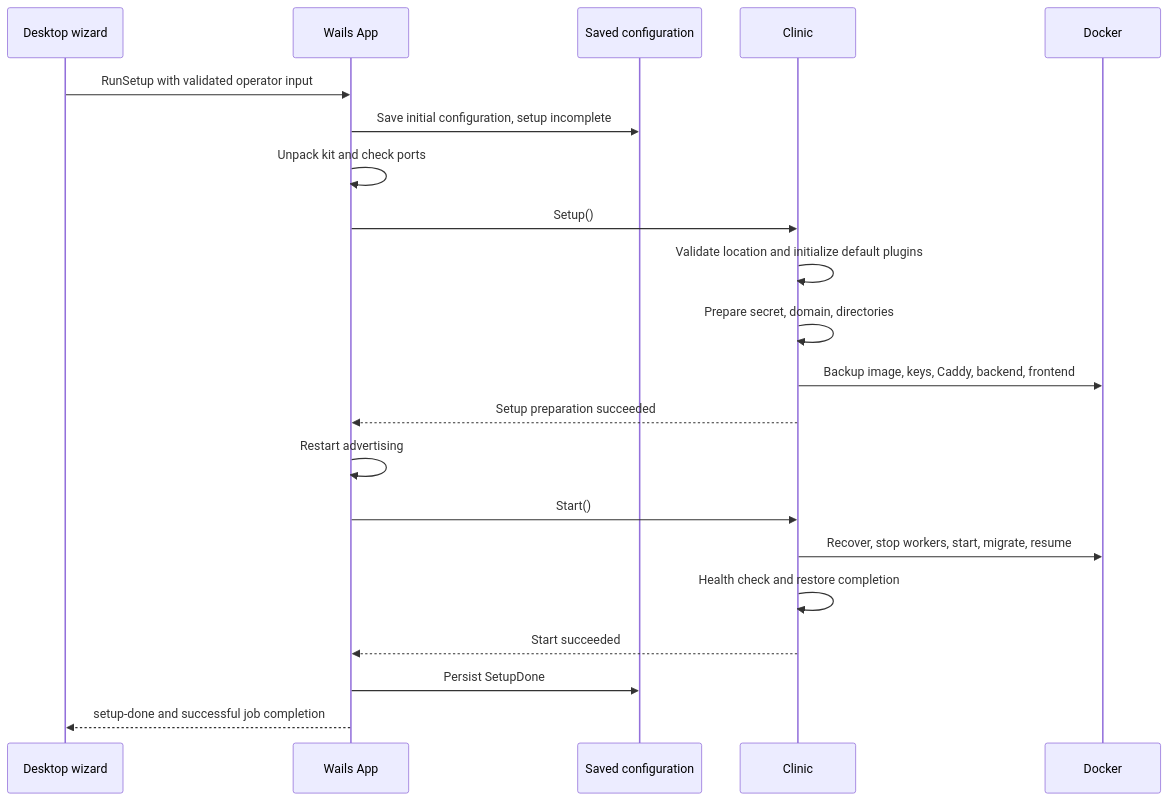
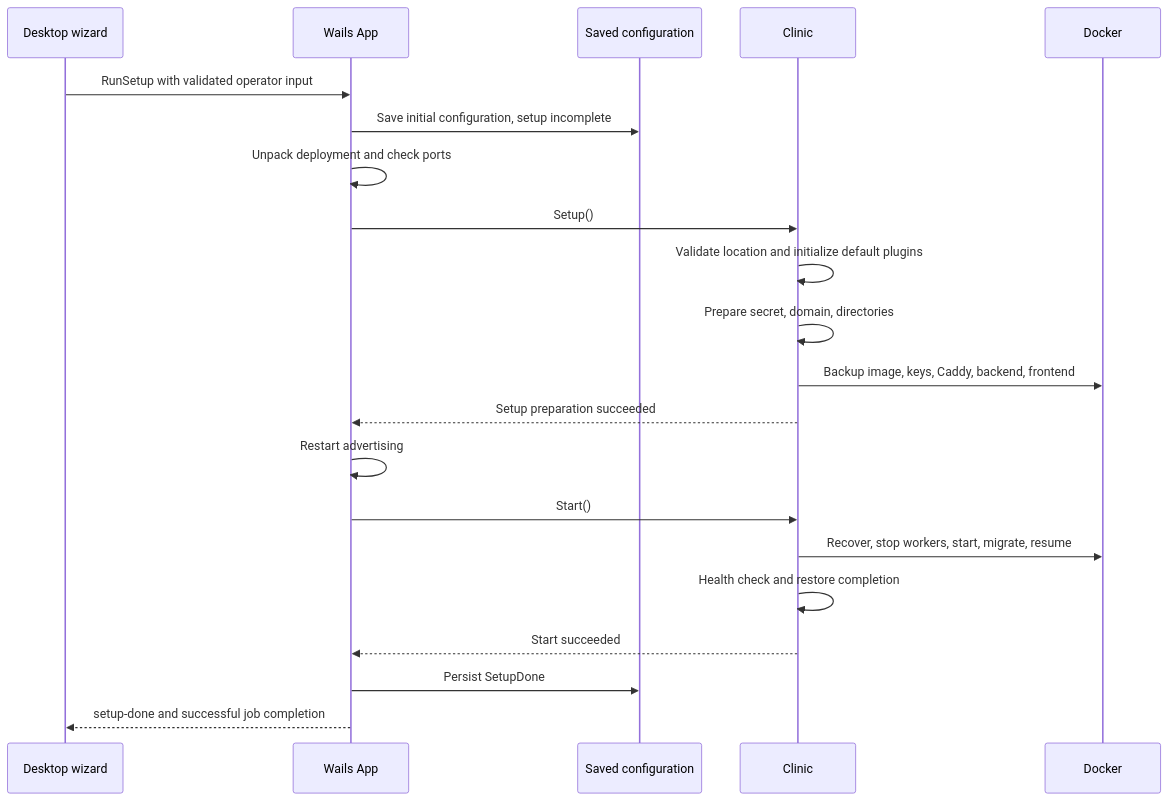
One commit to praffq/care_clinic changed the second of 6 diagrams in docs/clinic-lifecycle.md. Above: the diagram before and after it, drawn with Mermaid. The commit also changed other lines of this file and 22 other files, not shown here.

First line of the commit message:
Rename clinic kit concept to deployment

````diff
--- a/docs/clinic-lifecycle.md
+++ b/docs/clinic-lifecycle.md
@@ -246,23 +248,23 @@
 ```mermaid
 sequenceDiagram
     participant UI as Desktop wizard
     participant App as Wails App
     participant Config as Saved configuration
     participant Clinic as Clinic
     participant Docker as Docker
     UI->>App: RunSetup with validated operator input
     App->>Config: Save initial configuration, setup incomplete
-    App->>App: Unpack kit and check ports
+    App->>App: Unpack deployment and check ports
     App->>Clinic: Setup()
     Clinic->>Clinic: Validate location and initialize default plugins
     Clinic->>Clinic: Prepare secret, domain, directories
     Clinic->>Docker: Backup image, keys, Caddy, backend, frontend
     Clinic-->>App: Setup preparation succeeded
     App->>App: Restart advertising
     App->>Clinic: Start()
     Clinic->>Docker: Recover, stop workers, start, migrate, resume
     Clinic->>Clinic: Health check and restore completion
     Clinic-->>App: Start succeeded
     App->>Config: Persist SetupDone
     App-->>UI: setup-done and successful job completion
 ```
````
